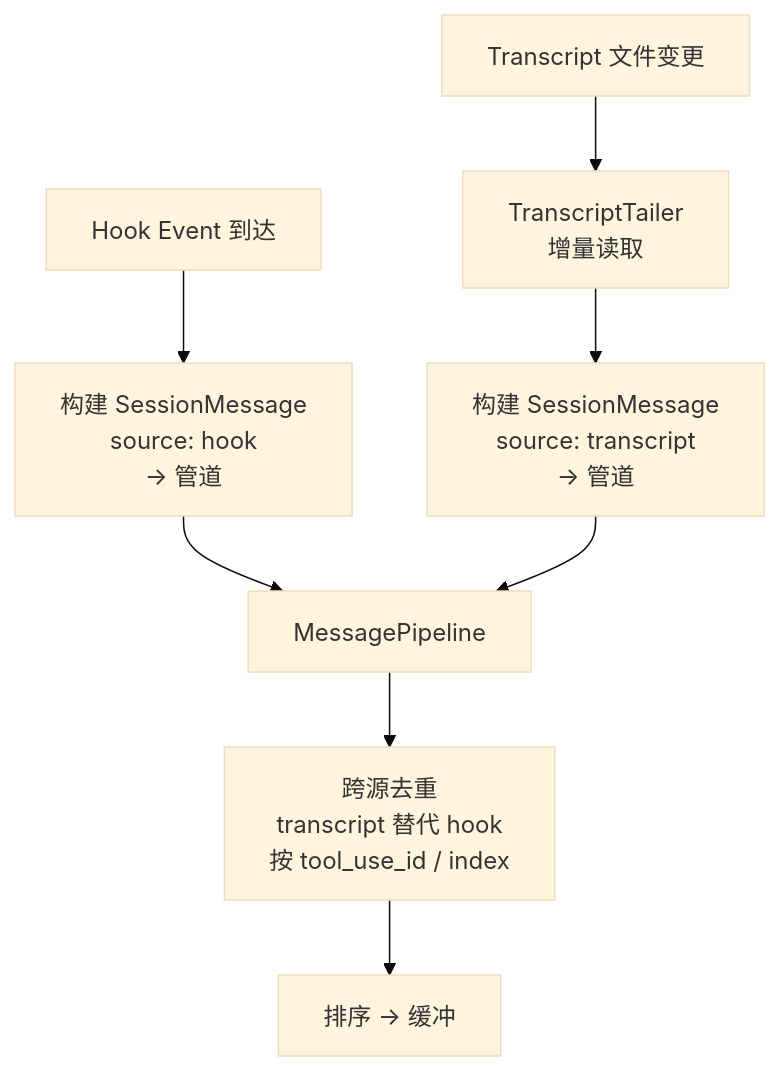
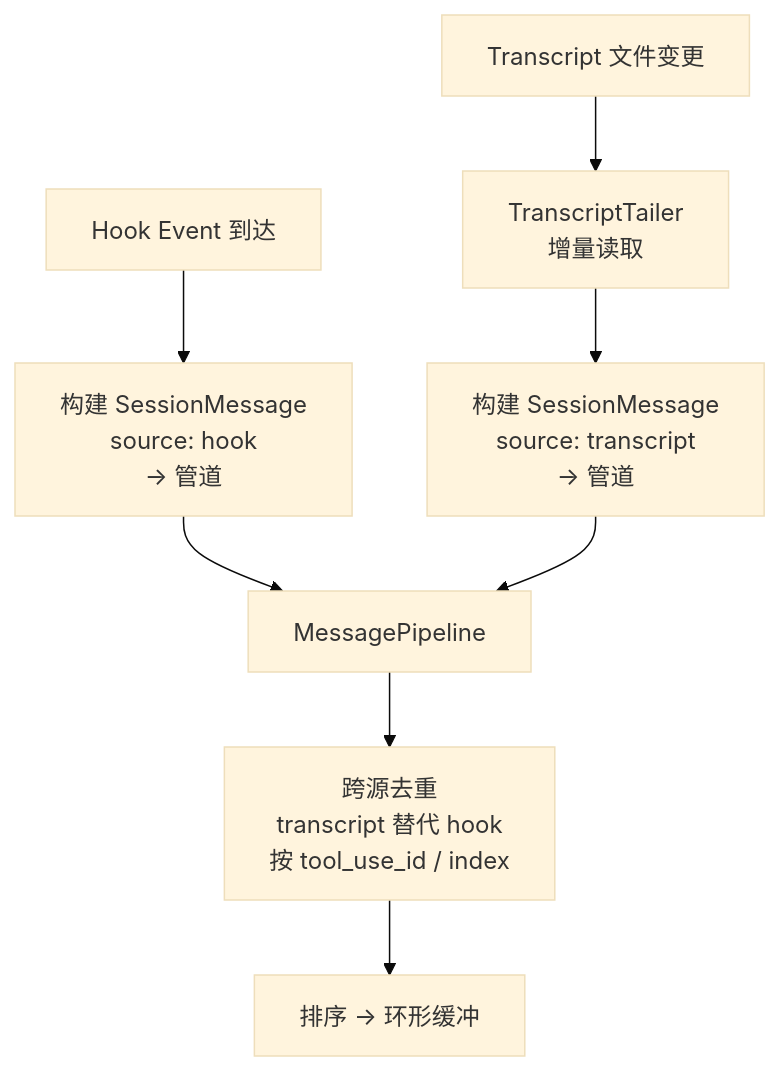
Before and after one commit to Menfre01/mypilot: the first of 10 diagrams in docs/transcript-tailer-architecture.md, drawn with Mermaid (base theme). The commit also changed other lines of this file and 25 other files, not shown here.

````diff
--- a/docs/transcript-tailer-architecture.md
+++ b/docs/transcript-tailer-architecture.md
@@ -76,13 +111,13 @@
 ```mermaid
 flowchart TD
     HK[Hook Event 到达] --> PUSH_HOOK[构建 SessionMessage<br/>source: hook<br/>→ 管道]
 
     TF[Transcript 文件变更] --> TAIL[TranscriptTailer<br/>增量读取]
     TAIL --> PUSH_TX[构建 SessionMessage<br/>source: transcript<br/>→ 管道]
 
     PUSH_HOOK --> PIPE[MessagePipeline]
     PUSH_TX --> PIPE
 
     PIPE --> DEDUP[跨源去重<br/>transcript 替代 hook<br/>按 tool_use_id / index]
-    DEDUP --> SORT[排序 → 缓冲]
+    DEDUP --> SORT[排序 → 环形缓冲]
 ```
````
